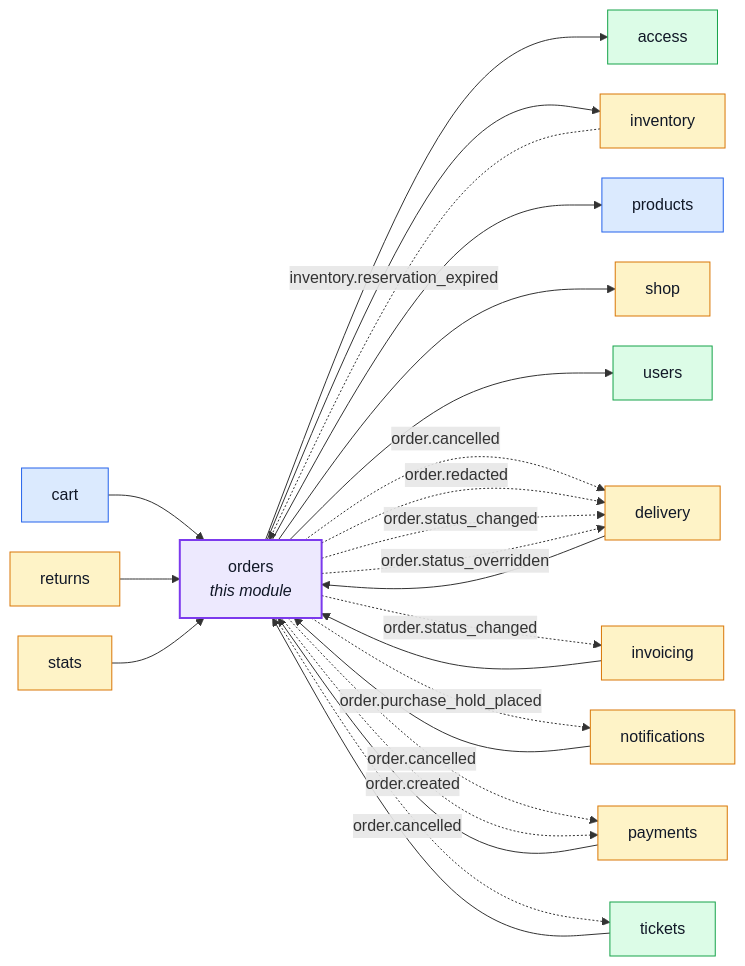
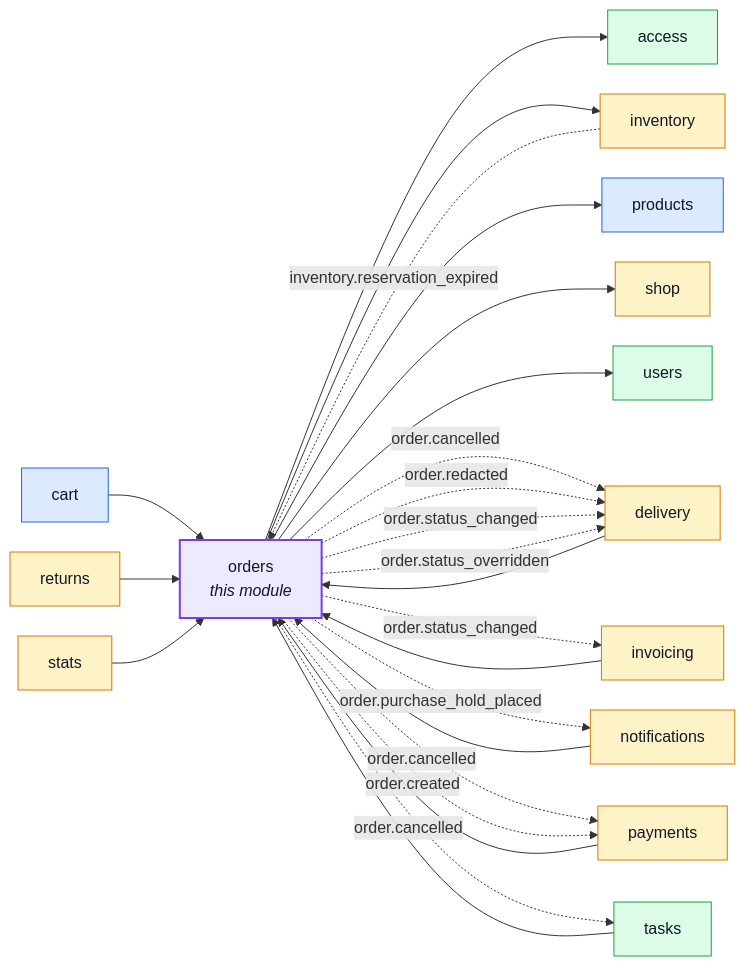
Before and after one commit to Guebbit/boilerplate-node-backend: the first of 9 diagrams in docs/modules/orders.md, drawn with Mermaid. The commit also changed 251 other files, not shown here.

First line of the commit message:
refactor(tasks)!: rename the tickets module to tasks, contract included

````diff
--- a/docs/modules/orders.md
+++ b/docs/modules/orders.md
@@ -16,51 +16,51 @@
 ```mermaid
 %%{init: {'flowchart': {'nodeSpacing': 30, 'rankSpacing': 60}}}%%
 flowchart LR
     orders["orders<br/><i>this module</i>"]
     access["access"]
     cart["cart"]
     delivery["delivery"]
     inventory["inventory"]
     invoicing["invoicing"]
     notifications["notifications"]
     payments["payments"]
     products["products"]
     returns["returns"]
     shop["shop"]
     stats["stats"]
-    tickets["tickets"]
+    tasks["tasks"]
     users["users"]
 
     cart --> orders
     delivery --> orders
     invoicing --> orders
     notifications --> orders
     payments --> orders
     returns --> orders
     stats --> orders
-    tickets --> orders
+    tasks --> orders
     orders --> access
     orders --> inventory
     orders --> products
     orders --> shop
     orders --> users
     inventory -. "inventory.reservation_expired" .-> orders
     orders -. "order.cancelled" .-> delivery
     orders -. "order.redacted" .-> delivery
     orders -. "order.status_changed" .-> delivery
     orders -. "order.status_overridden" .-> delivery
     orders -. "order.status_changed" .-> invoicing
     orders -. "order.purchase_hold_placed" .-> notifications
     orders -. "order.cancelled" .-> payments
     orders -. "order.created" .-> payments
-    orders -. "order.cancelled" .-> tickets
+    orders -. "order.cancelled" .-> tasks
 
     classDef core fill:#dbeafe,stroke:#2563eb,color:#111827;
     classDef supporting fill:#fef3c7,stroke:#d97706,color:#111827;
     classDef generic fill:#dcfce7,stroke:#16a34a,color:#111827;
     classDef centre fill:#ede9fe,stroke:#7c3aed,stroke-width:2px,color:#111827;
     class cart,products core;
     class delivery,inventory,invoicing,notifications,payments,returns,shop,stats supporting;
-    class access,tickets,users generic;
+    class access,tasks,users generic;
     class orders centre;
 ```
````
